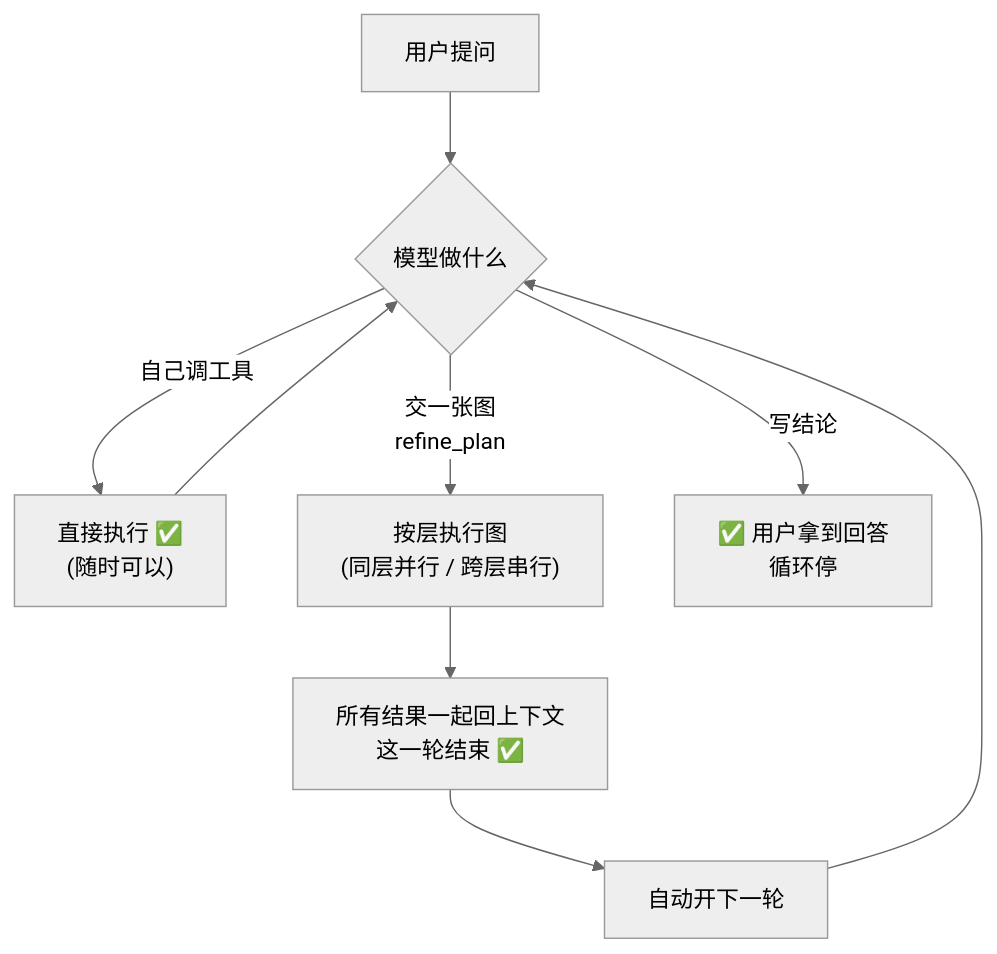
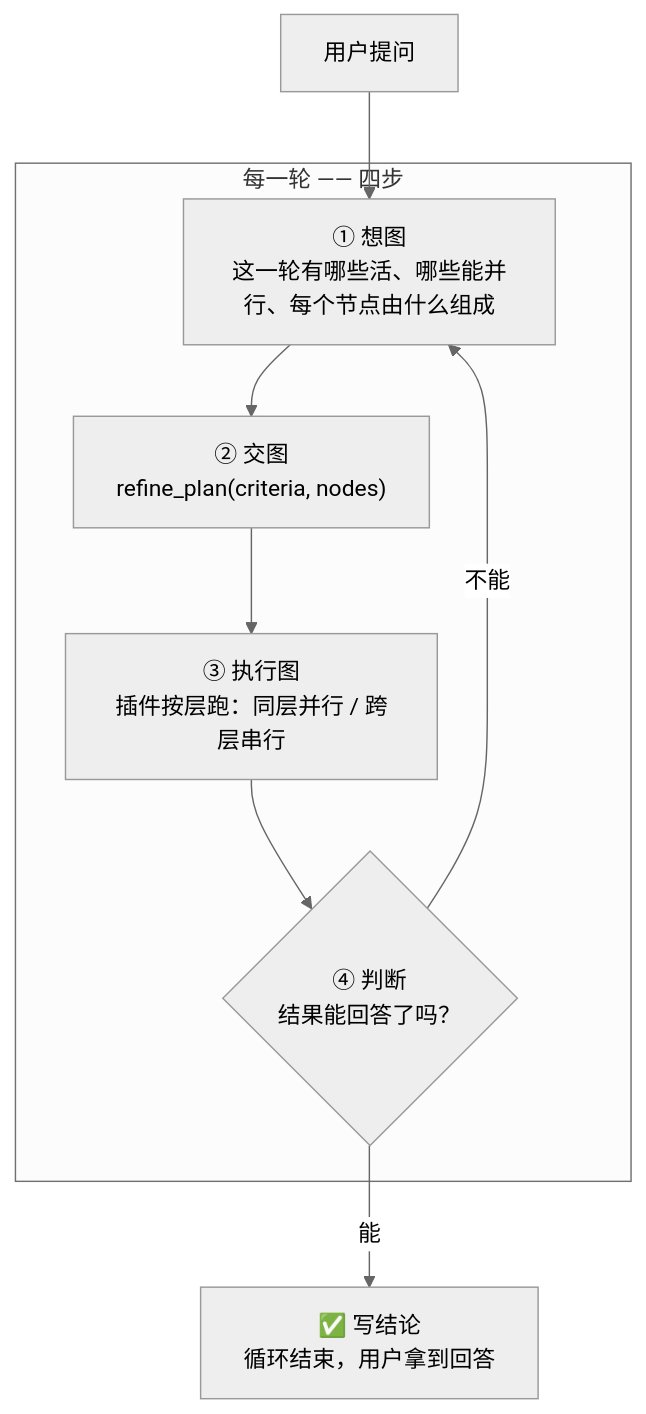
The first of 3 diagrams in README.md (zyn19940107/dsh-conductor), drawn with Mermaid (neutral theme) before and after one commit. The commit also changed other lines of this file and 1 other file, not shown here.

Commit message:
README 重写:每轮四步循环、图的结构、三条强制、实测数据

````diff
--- a/README.md
+++ b/README.md
@@ -14,11 +14,13 @@
 ```mermaid
 flowchart TD
-    U["用户提问"] --> D{"模型做什么"}
-    D -->|"自己调工具"| T["直接执行 ✅<br/>(随时可以)"]
-    T --> D
-    D -->|"交一张图<br/>refine_plan"| P["按层执行图<br/>(同层并行 / 跨层串行)"]
-    P --> R["所有结果一起回上下文<br/>这一轮结束 ✅"]
-    R --> N["自动开下一轮"]
-    N --> D
-    D -->|"写结论"| E["✅ 用户拿到回答<br/>循环停"]
+    U["用户提问"] --> R1
+
+    subgraph ROUND["每一轮 —— 四步"]
+      R1["① 想图<br/>这一轮有哪些活、哪些能并行、每个节点由什么组成"] --> R2["② 交图<br/>refine_plan(criteria, nodes)"]
+      R2 --> R3["③ 执行图<br/>插件按层跑：同层并行 / 跨层串行"]
+      R3 --> R4{"④ 判断<br/>结果能回答了吗？"}
+    end
+
+    R4 -->|"能"| DONE["✅ 写结论<br/>循环结束，用户拿到回答"]
+    R4 -->|"不能"| R1
 ```
````
